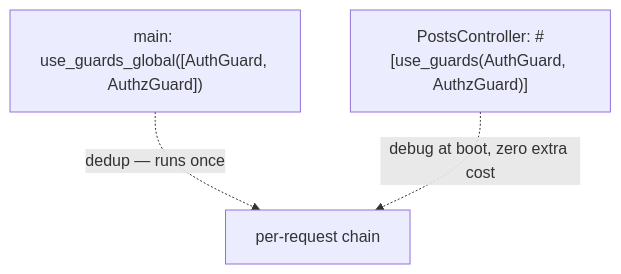
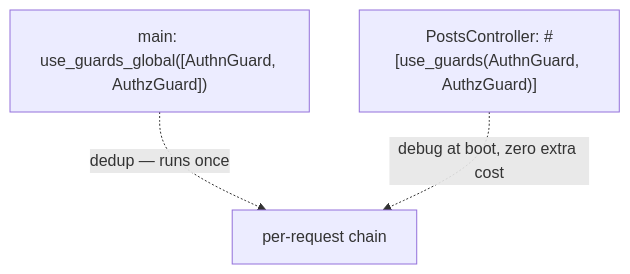
The fourth of 4 diagrams in docs/src/content/docs/fundamentals/guards.mdx (YV17labs/NestRS), drawn with Mermaid before and after one commit. The commit also changed other lines of this file and 95 other files, not shown here.

First line of the commit message:
refactor(authn)!: rename AuthGuard to AuthnGuard

````diff
--- a/docs/src/content/docs/fundamentals/guards.mdx
+++ b/docs/src/content/docs/fundamentals/guards.mdx
@@ -327,7 +327,7 @@
 ```mermaid
 flowchart TB
-  MAIN["main: use_guards_global([AuthGuard, AuthzGuard])"]
-  PC["PostsController: #[use_guards(AuthGuard, AuthzGuard)]"]
+  MAIN["main: use_guards_global([AuthnGuard, AuthzGuard])"]
+  PC["PostsController: #[use_guards(AuthnGuard, AuthzGuard)]"]
   MAIN -. "dedup — runs once" .-> RUN[per-request chain]
   PC -. "debug at boot, zero extra cost" .-> RUN
 ```
````
